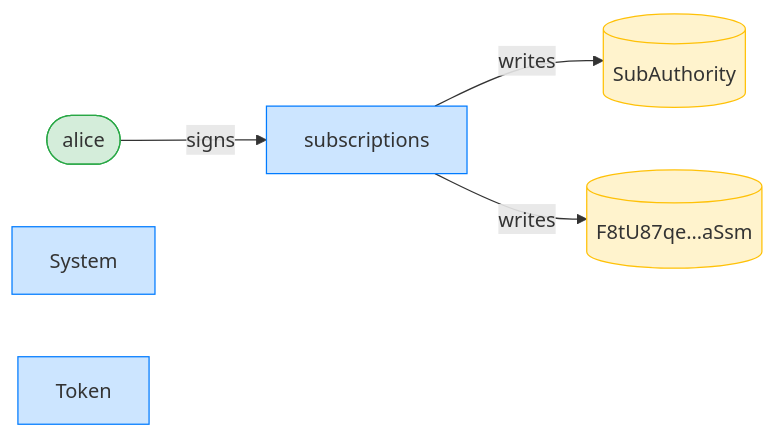
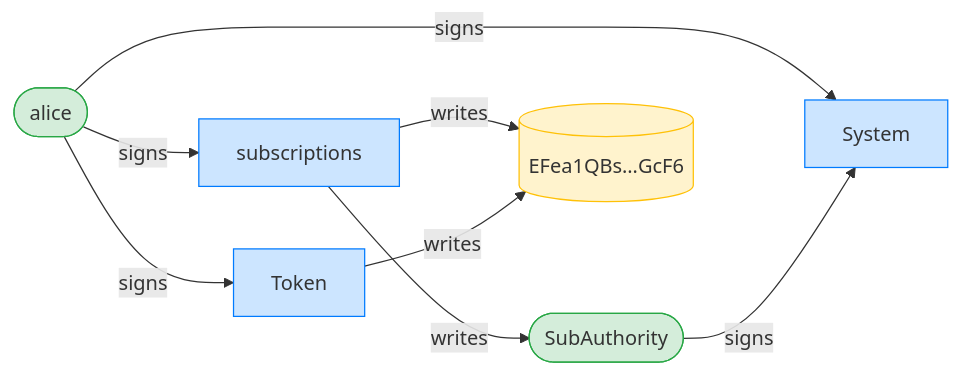
One commit to cds-rs/subscriptions changed the third of 12 diagrams in dsl_tests/resume-rejects-a-live-subscription.md. Above: the diagram before and after it, drawn with Mermaid. The commit also changed other lines of this file and 224 other files, not shown here.

````diff
--- a/dsl_tests/resume-rejects-a-live-subscription.md
+++ b/dsl_tests/resume-rejects-a-live-subscription.md
@@ -55,15 +56,19 @@
 ```mermaid
 flowchart LR
     classDef signer fill:#d4edda,stroke:#28a745;
     classDef program fill:#cce5ff,stroke:#007bff;
     classDef writable fill:#fff3cd,stroke:#ffc107;
     subscriptions[subscriptions]:::program
     alice([alice]):::signer
-    SubAuthority[(SubAuthority)]:::writable
-    F8tU87qe_aSsm[("F8tU87qe…aSsm")]:::writable
+    SubAuthority([SubAuthority]):::signer
+    EFea1QBs_GcF6[("EFea1QBs…GcF6")]:::writable
     System[System]:::program
     Token[Token]:::program
     alice -->|signs| subscriptions
+    alice -->|signs| System
+    SubAuthority -->|signs| System
+    alice -->|signs| Token
     subscriptions -->|writes| SubAuthority
-    subscriptions -->|writes| F8tU87qe_aSsm
+    subscriptions -->|writes| EFea1QBs_GcF6
+    Token -->|writes| EFea1QBs_GcF6
 ```
````
